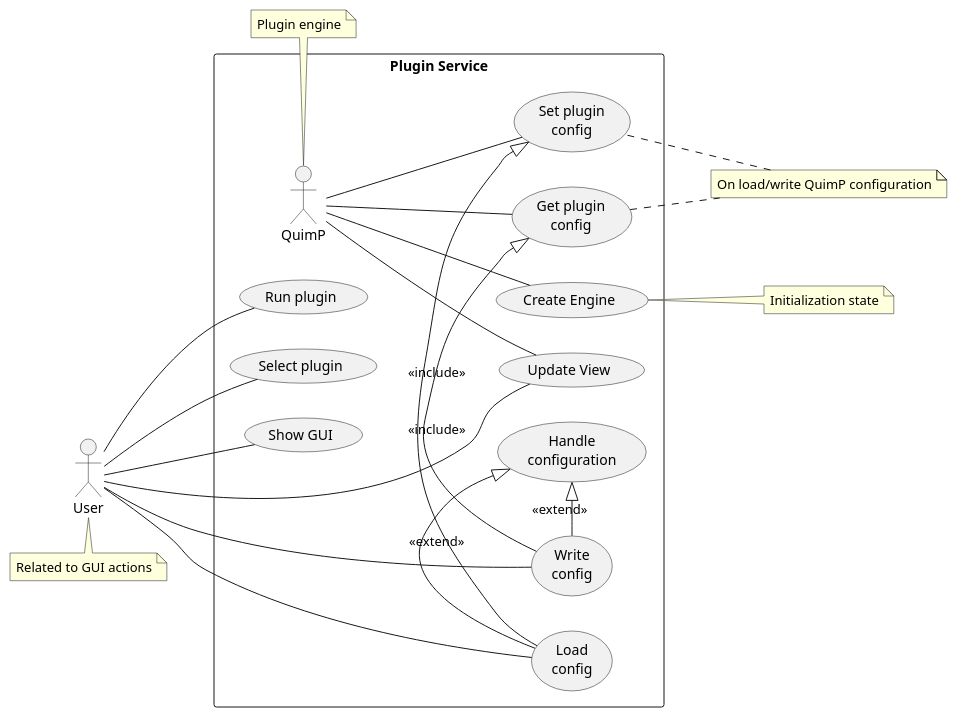
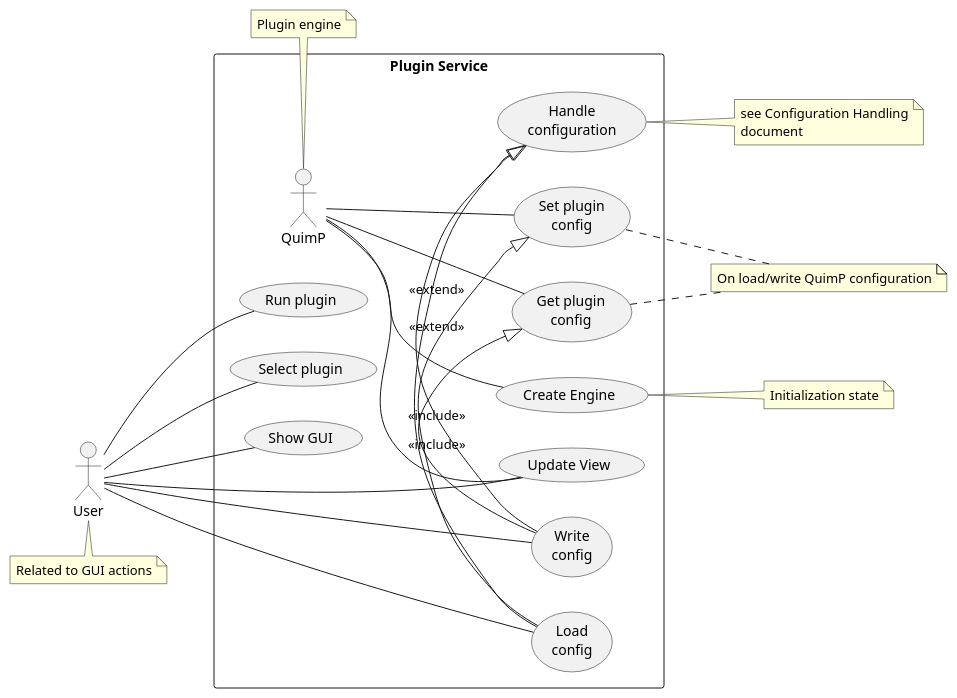
One commit to CellDynamics/QuimP changed the first of 9 diagrams in Doxygen_doc/SnakePlugin.md. Above: the diagram before and after it, drawn with PlantUML. The commit also changed other lines of this file and 4 other files, not shown here.

```diff
--- a/Doxygen_doc/SnakePlugin.md
+++ b/Doxygen_doc/SnakePlugin.md
@@ -40,28 +40,29 @@
 @startuml
 left to right direction
 
 :User: as user
 rectangle "Plugin Service" {
     :QuimP: as quimp
     quimp--(Create Engine)
     user--(Run plugin)
     user--(Select plugin)
     user--(Show GUI)
     user--(Load\nconfig)
     user--(Write\nconfig)
     quimp--(Get plugin\nconfig)
     quimp--(Set plugin\nconfig)
     quimp--(Update View)
     user--(Update View)
     (Get plugin\nconfig)<|-(Write\nconfig):<<include>>
     (Set plugin\nconfig)<|-(Load\nconfig):<<include>>
     (Write\nconfig)-|>(Handle\nconfiguration):<<extend>>
     (Load\nconfig)-|>(Handle\nconfiguration):<<extend>>
 }
 note bottom of user : Related to GUI actions
 note top of quimp : Plugin engine
 note right of (Create Engine) : Initialization state
 note "On load/write QuimP configuration" as N2
 (Get plugin\nconfig) .. N2
 N2 .. (Set plugin\nconfig)
+note right of (Handle\nconfiguration) : see Configuration Handling\ndocument
 @enduml
```
